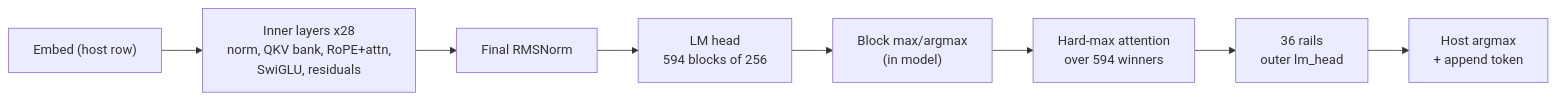
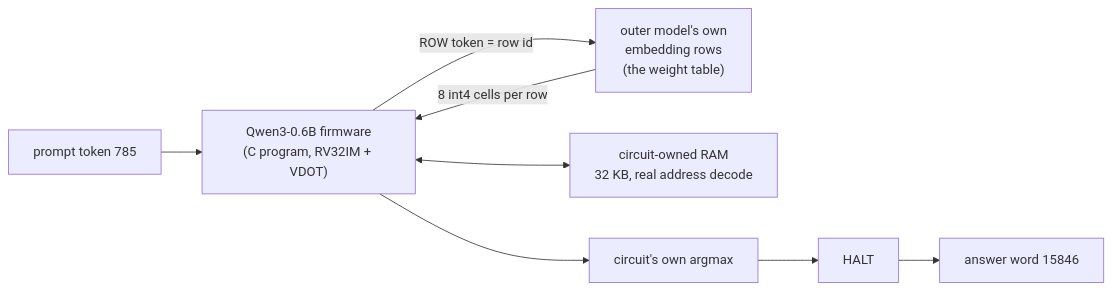
One commit to Bobliuuu/qweninqwen changed the diagram in README.md. Above: the diagram before and after it, drawn with Mermaid. The commit also changed other lines of this file and 6 other files, not shown here.

Commit message:
docs: release README for the circuit result (96/96 clean, word 15846); move compiled-route material to docs/older_compiled_route.md; TIERS/RUNS/release notes

````diff
--- a/README.md
+++ b/README.md
@@ -108,18 +36,10 @@
 ```mermaid
 flowchart LR
-  E["Embed (host row)"]
-  L["Inner layers x28<br/>norm, QKV bank, RoPE+attn,<br/>SwiGLU, residuals"]
-  N["Final RMSNorm"]
-  B["LM head<br/>594 blocks of 256"]
-  M["Block max/argmax<br/>(in model)"]
-  C["Hard-max attention<br/>over 594 winners"]
-  R["36 rails<br/>outer lm_head"]
-  T["Host argmax<br/>+ append token"]
-  E --> L
-  L --> N
-  N --> B
-  B --> M
-  M --> C
-  C --> R
-  R --> T
+  P["prompt token 785"] --> F["Qwen3-0.6B firmware<br/>(C program, RV32IM + VDOT)"]
+  F -->|"ROW token = row id"| E["outer model's own<br/>embedding rows<br/>(the weight table)"]
+  E -->|"8 int4 cells per row"| F
+  F <--> R["circuit-owned RAM<br/>32 KB, real address decode"]
+  F --> A["circuit's own argmax"]
+  A --> H["HALT"]
+  H --> W["answer word 15846"]
 ```
````
